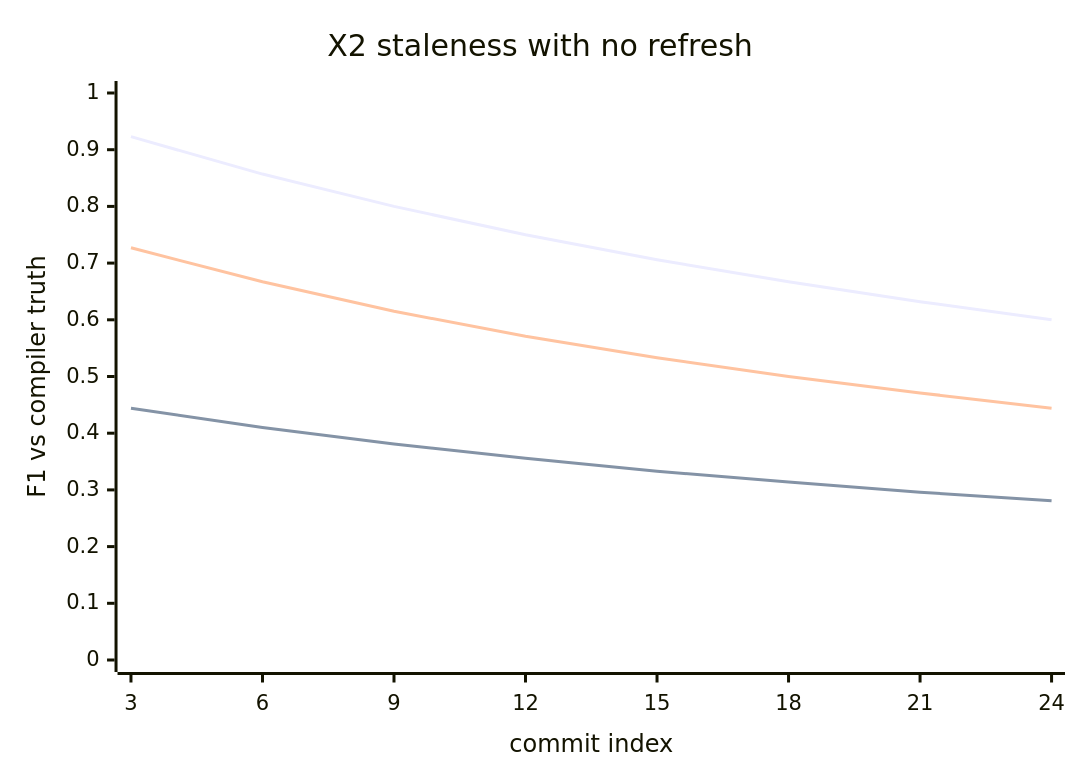
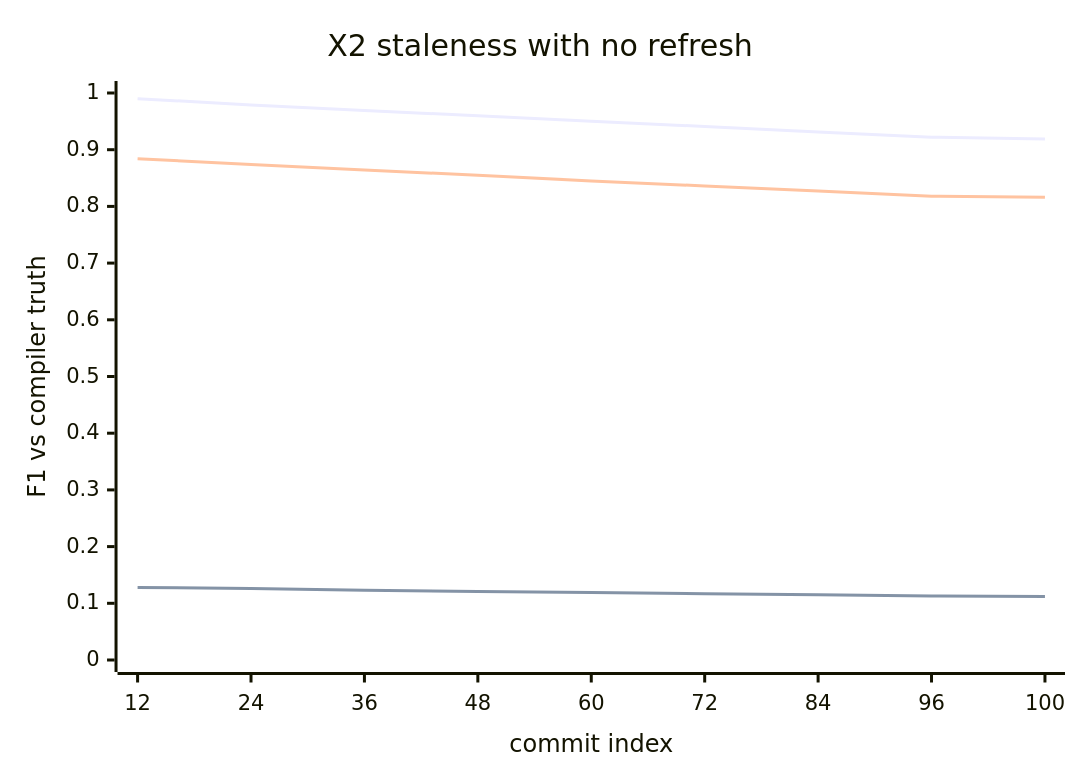
One commit to sns45/greplost changed the second of 6 diagrams in bench/RESULTS.md. Above: the diagram before and after it, drawn with Mermaid. The commit also changed other lines of this file and 30 other files, not shown here.

First line of the commit message:
fix(bench-report): re-measured payloads, arm charts, and the section 11 captures

````diff
--- a/bench/RESULTS.md
+++ b/bench/RESULTS.md
@@ -122,11 +122,11 @@
 ```mermaid
 xychart-beta
     title "X2 staleness with no refresh"
-    x-axis "commit index" ["3", "6", "9", "12", "15", "18", "21", "24"]
+    x-axis "commit index" ["12", "24", "36", "48", "60", "72", "84", "96", "100"]
     y-axis "F1 vs compiler truth" 0 --> 1
-    line [0.923, 0.857, 0.8, 0.75, 0.706, 0.667, 0.632, 0.6]
-    line [0.444, 0.41, 0.381, 0.356, 0.333, 0.314, 0.296, 0.281]
-    line [0.727, 0.667, 0.615, 0.571, 0.533, 0.5, 0.471, 0.444]
+    line [0.99, 0.979, 0.969, 0.96, 0.95, 0.941, 0.931, 0.922, 0.919]
+    line [0.128, 0.126, 0.123, 0.121, 0.119, 0.117, 0.115, 0.113, 0.112]
+    line [0.884, 0.874, 0.864, 0.855, 0.845, 0.836, 0.827, 0.818, 0.816]
     %% series, in order: greplost, graphify, crg
-    %% Each tool's commit-0 artifact scored against truth at that commit: what a reader gets when the sync mechanism is absent or does not fire. greplost is the only one of the four that can report this state mechanically, through `verify`.
+    %% Arm: no-refresh — each tool's commit-0 artifact scored against truth at that commit, which is what a reader gets when a sync mechanism is absent or silently does not fire. greplost is the only one of the four that can report this state mechanically, through `verify`. Omitted (not run here): ua. Measured on corpus hono, tier M (248 files); 100 replayed commits.
 ```
````
